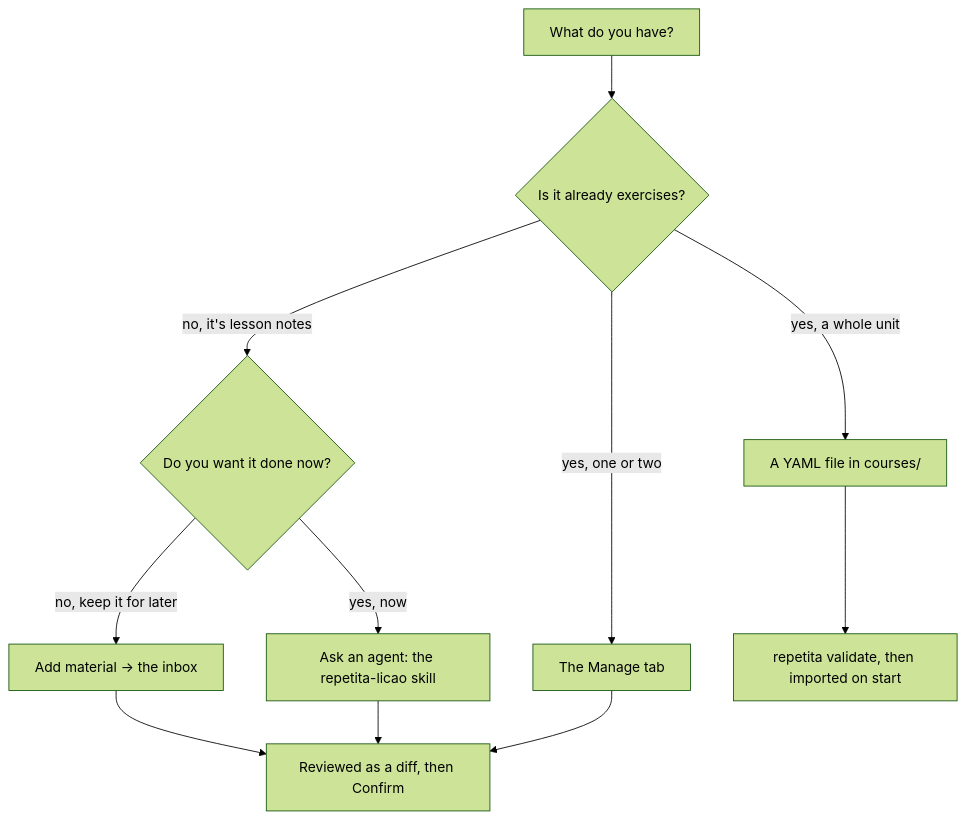
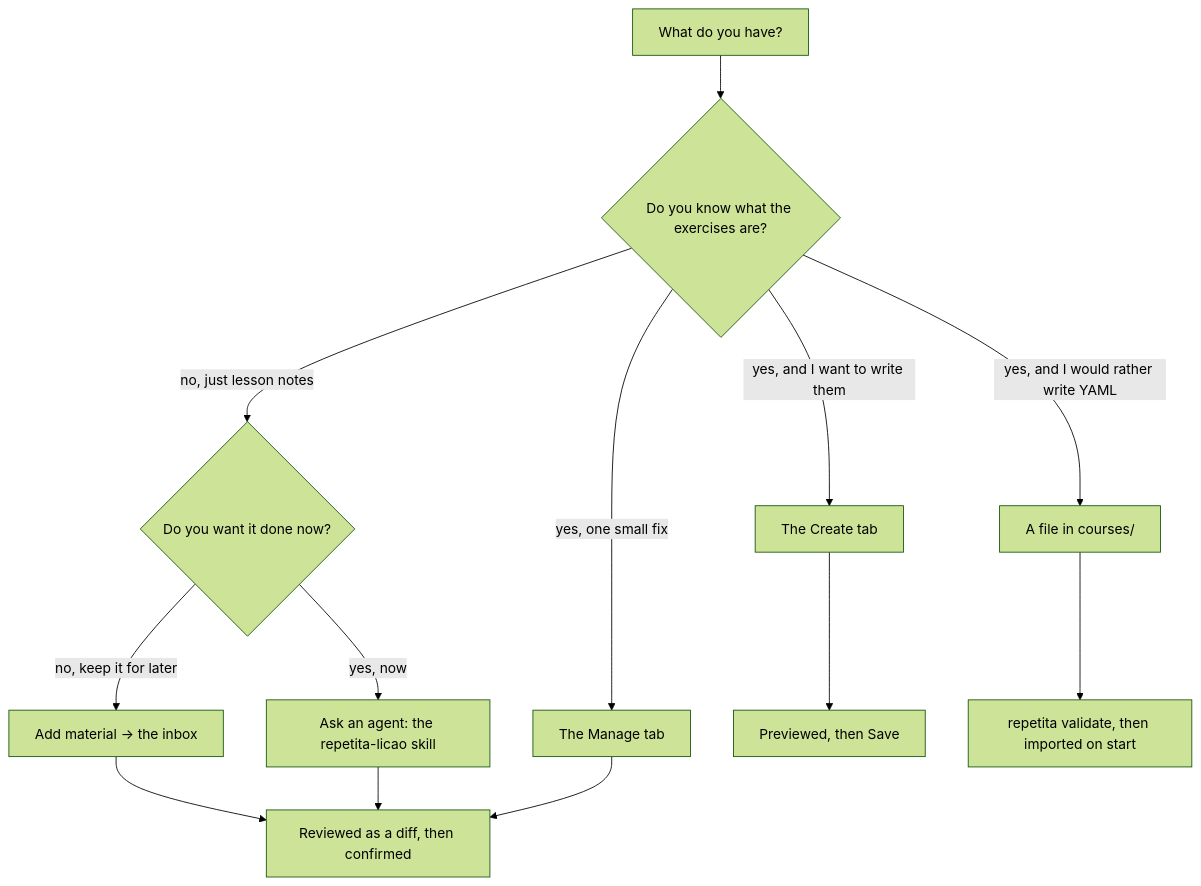
One commit to mikub97/repetita changed the diagram in docs/adding-material.md. Above: the diagram before and after it, drawn with Mermaid (forest theme). The commit also changed other lines of this file and 24 other files, not shown here.

First line of the commit message:
feat: a Create tab — exercises can be written in the app (#59)

````diff
--- a/docs/adding-material.md
+++ b/docs/adding-material.md
@@ -114,13 +132,15 @@
 ```mermaid
 flowchart TD
-    A[What do you have?] --> B{Is it already exercises?}
-    B -- "no, it's lesson notes" --> C{Do you want it done now?}
+    A[What do you have?] --> B{Do you know what the exercises are?}
+    B -- "no, just lesson notes" --> C{Do you want it done now?}
     C -- "no, keep it for later" --> D[Add material → the inbox]
     C -- "yes, now" --> E[Ask an agent: the repetita-licao skill]
-    B -- "yes, one or two" --> F[The Manage tab]
-    B -- "yes, a whole unit" --> G[A YAML file in courses/]
-    D --> H[Reviewed as a diff, then Confirm]
-    E --> H
-    F --> H
-    G --> I[repetita validate, then imported on start]
+    B -- "yes, and I want to write them" --> F[The Create tab]
+    B -- "yes, one small fix" --> G[The Manage tab]
+    B -- "yes, and I would rather write YAML" --> H[A file in courses/]
+    D --> I[Reviewed as a diff, then confirmed]
+    E --> I
+    F --> J[Previewed, then Save]
+    G --> I
+    H --> K[repetita validate, then imported on start]
 ```
````
